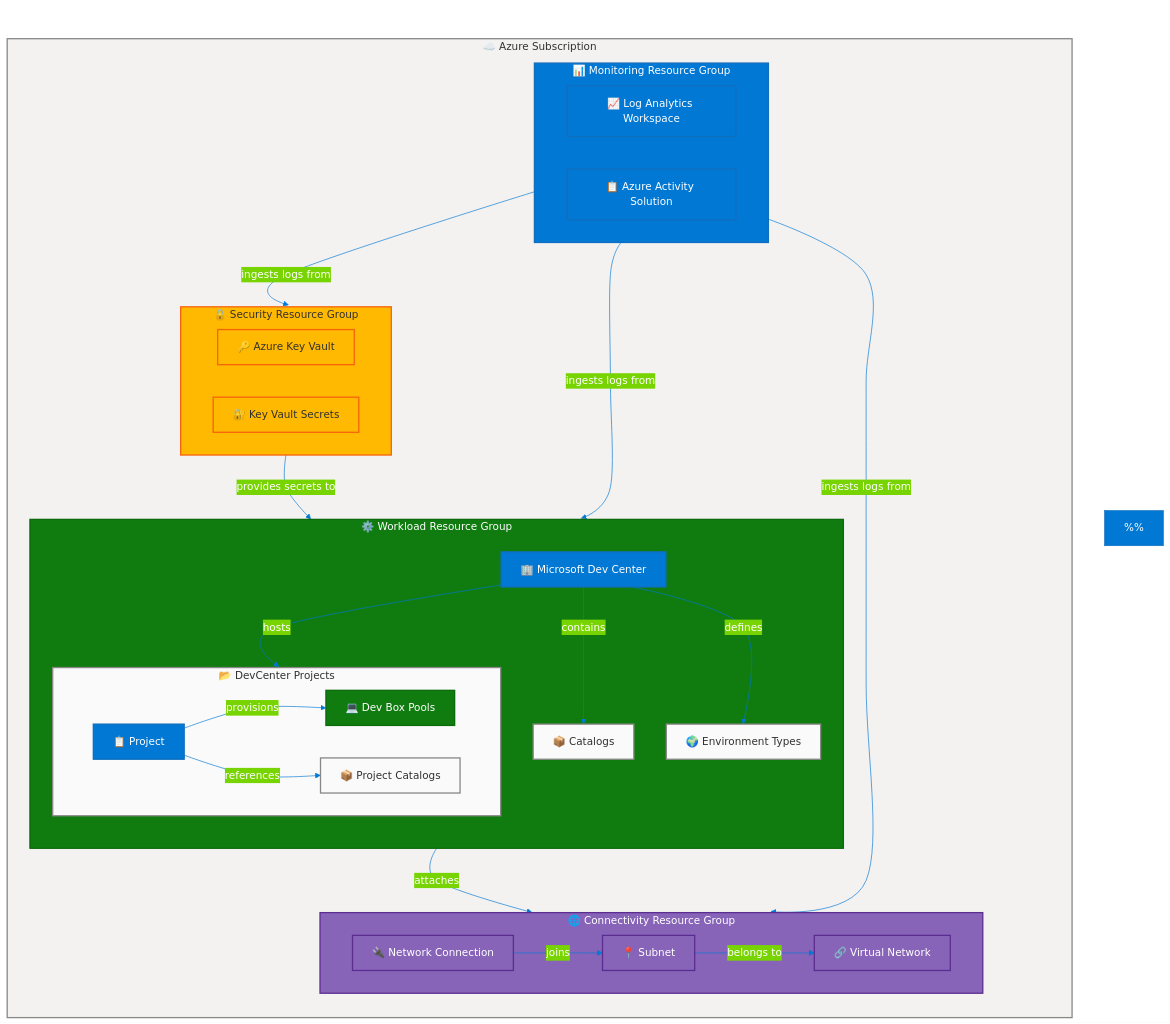
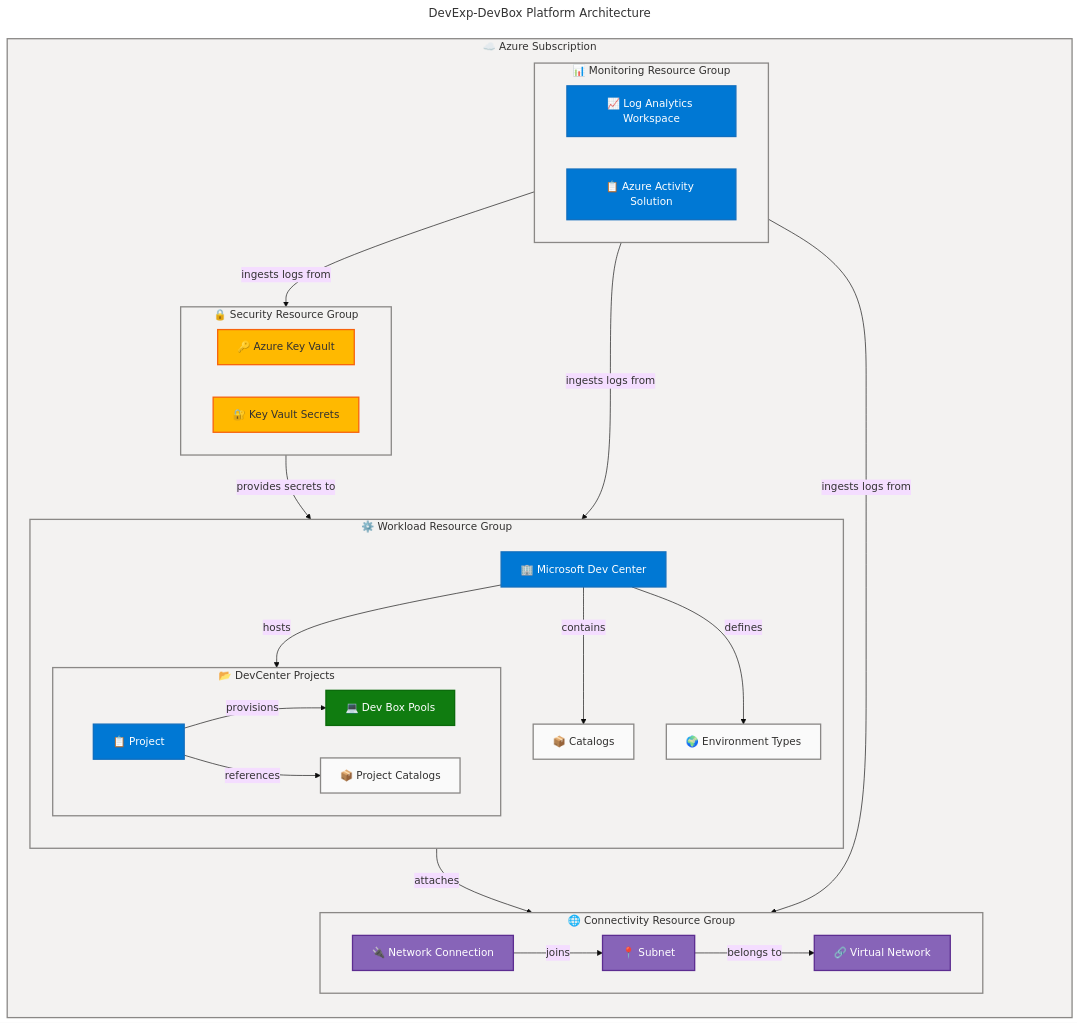
One commit to Evilazaro/DevExp-DevBox changed the first of 2 diagrams in README.md. Above: the diagram before and after it, drawn with Mermaid. The commit also changed other lines of this file, not shown here.

Commit message:
docs: simplify flowchart configuration by removing redundant properties and standardizing styling for improved clarity

```diff
--- a/README.md
+++ b/README.md
@@ -76,15 +76,8 @@
   theme: base
   look: classic
   layout: dagre
-  flowchart:
-    htmlLabels: true
-    curve: cardinal
   themeVariables:
     fontSize: '16px'
-    primaryColor: '#0078D4'
-    primaryBorderColor: '#106EBE'
-    primaryTextColor: '#FFFFFF'
-    lineColor: '#0078D4'
 ---
 flowchart TB
     accTitle: DevExp-DevBox Platform Architecture
@@ -107,14 +100,6 @@
     %% success (#107C10) — Deployment pools, provisioned resources
     %% warning (#FFB900) — Security-sensitive resources (Key Vault, secrets)
     %% data (#8764B8) — Network/external infrastructure (VNet, subnet)
-    %%
-    %% SUBGRAPH SEMANTIC COLORS (Step 3a — functional siblings)
-    %% subscription (#F3F2F1) — Outer boundary / main group
-    %% monitoring (#0078D4) — Matches core content (telemetry/logging)
-    %% security (#FFB900) — Matches warning content (Key Vault/secrets)
-    %% workload (#107C10) — Matches success content (deployment workload)
-    %% projects (#FAFAFA) — Neutral nested container
-    %% connectivity (#8764B8) — Matches data content (VNet/network)
 
     subgraph subscription["☁️ Azure Subscription"]
         direction TB
@@ -166,13 +151,13 @@
     networkConn -->|"joins"| subnet
     subnet -->|"belongs to"| vnet
 
-    %% SUBGRAPH STYLING — semantic fills for functional siblings (6 subgraphs = 6 style directives)
+    %% SUBGRAPH STYLING — neutral surfaces for all containers
     style subscription fill:#F3F2F1,stroke:#8A8886,stroke-width:2px,color:#323130
-    style monitoring fill:#0078D4,stroke:#106EBE,stroke-width:2px,color:#FFFFFF
-    style security fill:#FFB900,stroke:#F7630C,stroke-width:2px,color:#323130
-    style workload fill:#107C10,stroke:#0B6A0B,stroke-width:2px,color:#FFFFFF
-    style projects fill:#FAFAFA,stroke:#8A8886,stroke-width:2px,color:#323130
-    style connectivity fill:#8764B8,stroke:#5C2D91,stroke-width:2px,color:#FFFFFF
+    style monitoring fill:#F3F2F1,stroke:#8A8886,stroke-width:2px,color:#323130
+    style security fill:#F3F2F1,stroke:#8A8886,stroke-width:2px,color:#323130
+    style workload fill:#F3F2F1,stroke:#8A8886,stroke-width:2px,color:#323130
+    style projects fill:#F3F2F1,stroke:#8A8886,stroke-width:2px,color:#323130
+    style connectivity fill:#F3F2F1,stroke:#8A8886,stroke-width:2px,color:#323130
 
     %% Centralized classDef palette (canonical — neutral-first, 4 semantic + neutral)
     classDef neutral fill:#FAFAFA,stroke:#8A8886,stroke-width:2px,color:#323130
```
